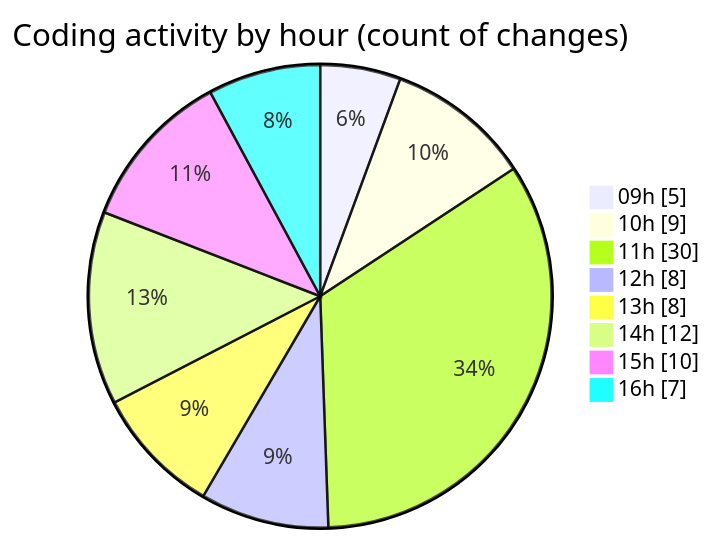
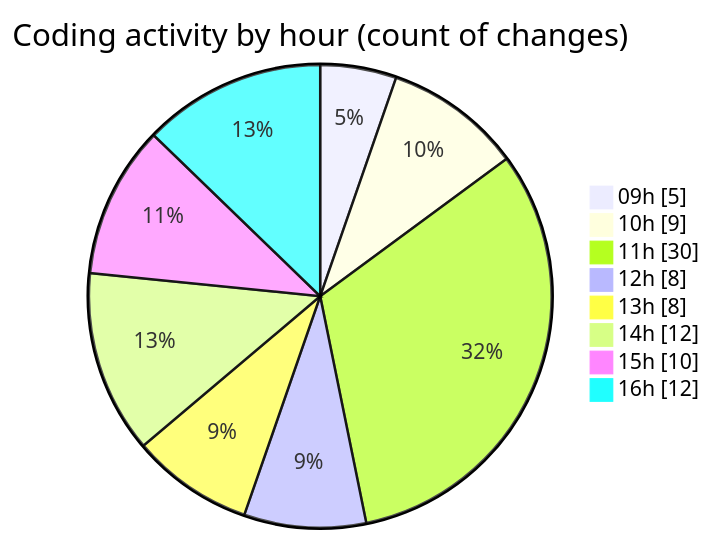
The second of 2 diagrams in 2025-02-03/cda/README.md (momahboobian/code-tracking), drawn with Mermaid before and after one commit. The commit also changed other lines of this file and 1 other file, not shown here.

````diff
--- a/2025-02-03/cda/README.md
+++ b/2025-02-03/cda/README.md
@@ -33,12 +33,12 @@
 ```mermaid
 pie showData
 title Coding activity by hour (count of changes)
 "09h" : 5
 "10h" : 9
 "11h" : 30
 "12h" : 8
 "13h" : 8
 "14h" : 12
 "15h" : 10
-"16h" : 7
+"16h" : 12
 ```
````
